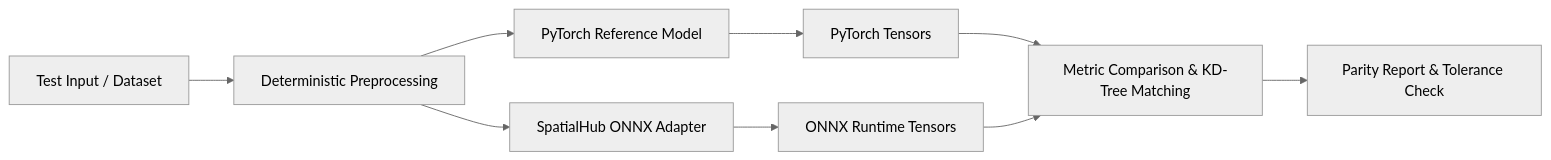
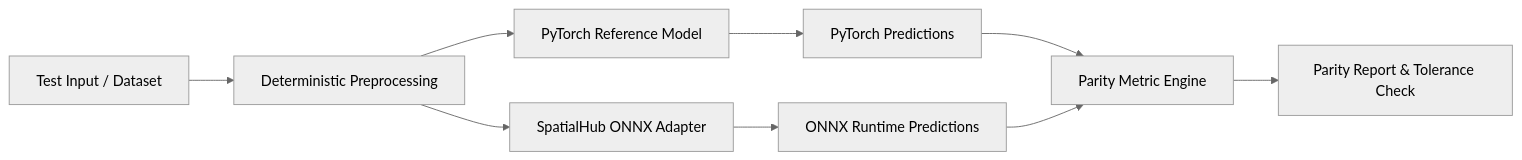
One commit to spatialhub-ai/spatialhub changed the diagram in docs/core-and-utils/parity.md. Above: the diagram before and after it, drawn with Mermaid (neutral theme). The commit also changed other lines of this file and 1 other file, not shown here.

Commit message:
docs(core): update profiling guide with VRAM telemetry and parity guide with camera metrics

````diff
--- a/docs/core-and-utils/parity.md
+++ b/docs/core-and-utils/parity.md
@@ -11,11 +11,11 @@
 ```mermaid
 graph LR
-    Input[Test Input / Dataset] --> Preprocess[Deterministic Preprocessing]
-    Preprocess --> PT[PyTorch Reference Model]
-    Preprocess --> ORT[SpatialHub ONNX Adapter]
-    PT --> OutputsPT[PyTorch Tensors]
-    ORT --> OutputsORT[ONNX Runtime Tensors]
-    OutputsPT --> MetricEngine[Metric Comparison & KD-Tree Matching]
+    Input["Test Input / Dataset"] --> Preprocess["Deterministic Preprocessing"]
+    Preprocess --> PT["PyTorch Reference Model"]
+    Preprocess --> ORT["SpatialHub ONNX Adapter"]
+    PT --> OutputsPT["PyTorch Predictions"]
+    ORT --> OutputsORT["ONNX Runtime Predictions"]
+    OutputsPT --> MetricEngine["Parity Metric Engine"]
     OutputsORT --> MetricEngine
-    MetricEngine --> Report[Parity Report & Tolerance Check]
+    MetricEngine --> Report["Parity Report & Tolerance Check"]
 ```
````
